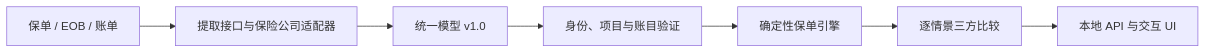
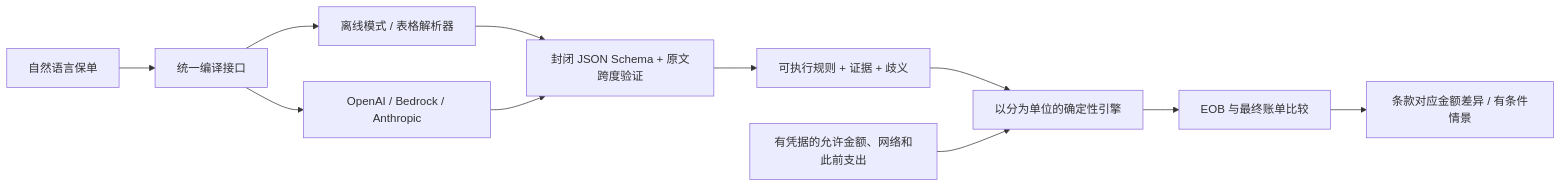
The diagram in README_zh.md (RaineyMisty/Fineprint), drawn with Mermaid before and after one commit. The commit also changed other lines of this file and 6 other files, not shown here.

````diff
--- a/README_zh.md
+++ b/README_zh.md
@@ -72,9 +44,13 @@
 ```mermaid
 flowchart LR
-    S[保单 / EOB / 账单] --> X[提取接口与保险公司适配器]
-    X --> M[统一模型 v1.0]
-    M --> V[身份、项目与账目验证]
-    V --> E[确定性保单引擎]
-    E --> C[逐情景三方比较]
-    C --> U[本地 API 与交互 UI]
+    P[自然语言保单] --> I[统一编译接口]
+    I --> F[离线模式 / 表格解析器]
+    I --> L[OpenAI / Bedrock / Anthropic]
+    F --> V[封闭 JSON Schema + 原文跨度验证]
+    L --> V
+    V --> R[可执行规则 + 证据 + 歧义]
+    R --> E[以分为单位的确定性引擎]
+    X[有凭据的允许金额、网络和此前支出] --> E
+    E --> C[EOB 与最终账单比较]
+    C --> U[条款对应金额差异 / 有条件情景]
 ```
````
